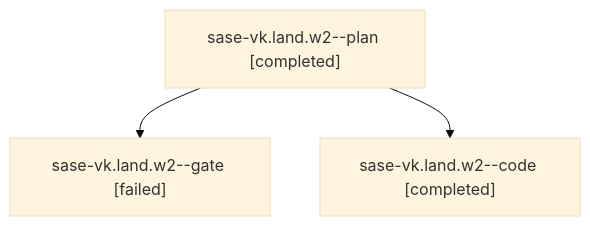
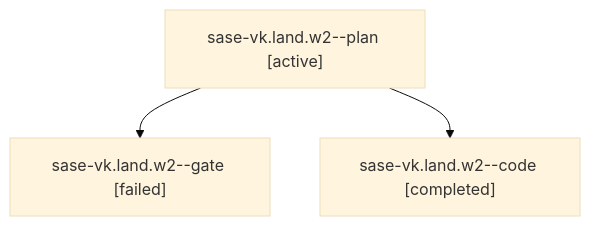
Before and after one commit to sase-org/sase--agents: the diagram in families/bbugyi200.athena.sase-vk.land.w2.md, drawn with Mermaid (base theme). The commit also changed other lines of this file and 35830 other files, not shown here.

````diff
--- a/families/bbugyi200.athena.sase-vk.land.w2.md
+++ b/families/bbugyi200.athena.sase-vk.land.w2.md
@@ -9,8 +9,8 @@
 ```mermaid
 flowchart TD
-  n0["sase-vk.land.w2--plan [completed]"]
+  n0["sase-vk.land.w2--plan [active]"]
   n1["sase-vk.land.w2--gate [failed]"]
   n0 --> n1
   n2["sase-vk.land.w2--code [completed]"]
   n0 --> n2
 ```
````
